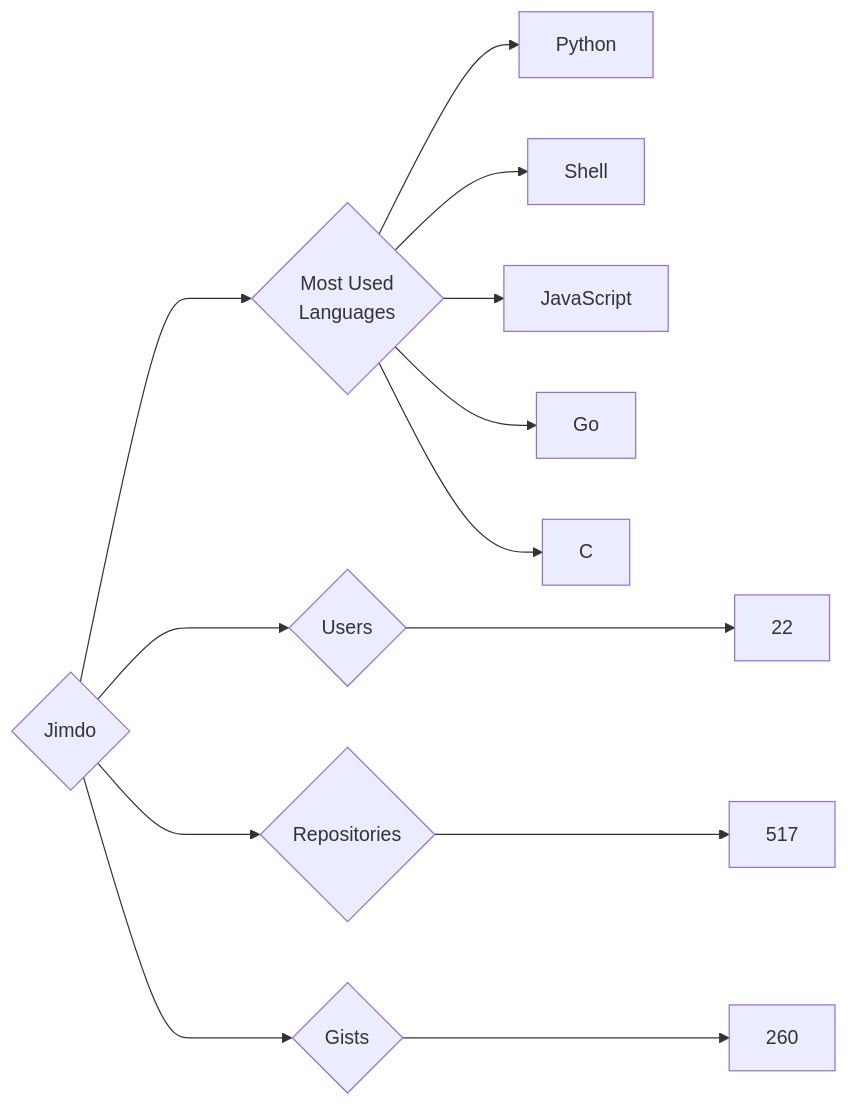
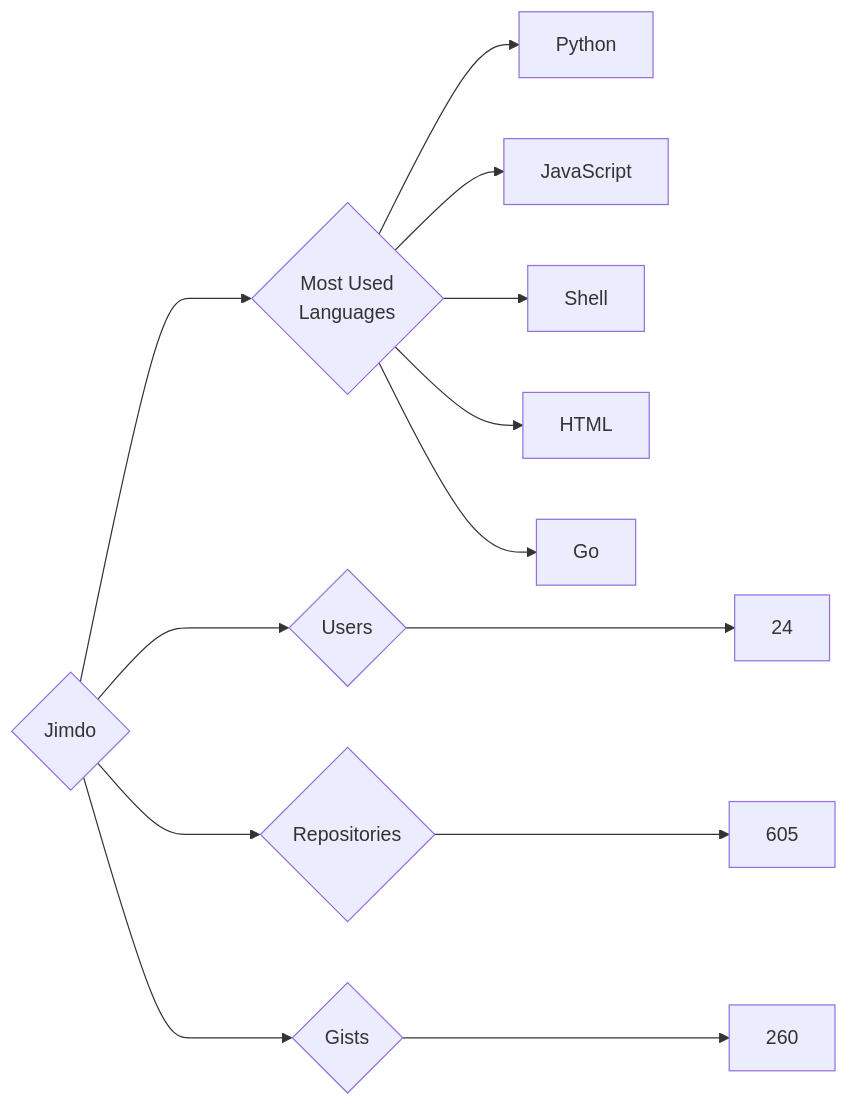
Before and after one commit to trickest/insiders: the diagram in targets/Jimdo/README.md, drawn with Mermaid. The commit also changed 688 other files, not shown here.

````diff
--- a/targets/Jimdo/README.md
+++ b/targets/Jimdo/README.md
@@ -3,13 +3,13 @@
 ```mermaid
 graph LR
 COMPANY_NAME{Jimdo}
-COMPANY_NAME ---> U{Users} ---> UN[22]
-COMPANY_NAME ---> R{Repositories} ---> RN[517]
+COMPANY_NAME ---> U{Users} ---> UN[24]
+COMPANY_NAME ---> R{Repositories} ---> RN[605]
 COMPANY_NAME ---> G{Gists} ---> GN[260]
 COMPANY_NAME ---> ML{Most Used<br>Languages}
 ML --> Python[Python]
+ML --> JavaScript[JavaScript]
 ML --> Shell[Shell]
-ML --> JavaScript[JavaScript]
+ML --> HTML[HTML]
 ML --> Go[Go]
-ML --> C[C]
 ```
````
